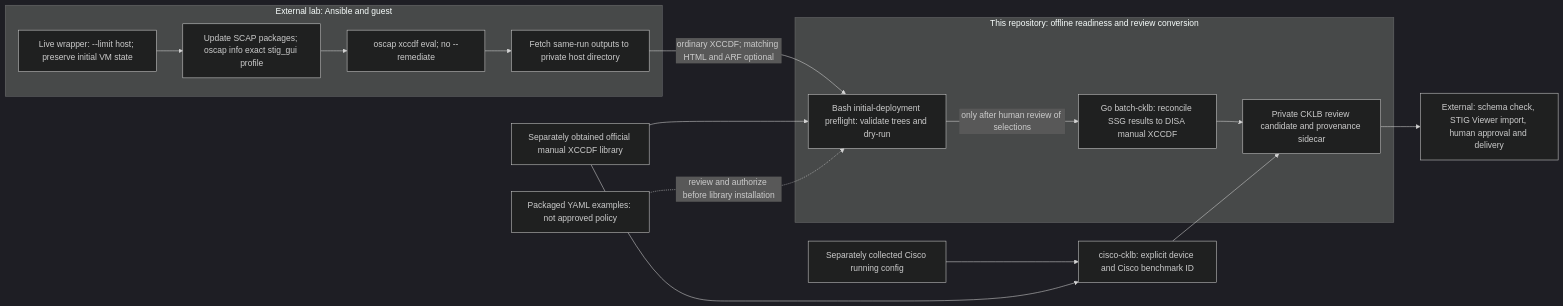
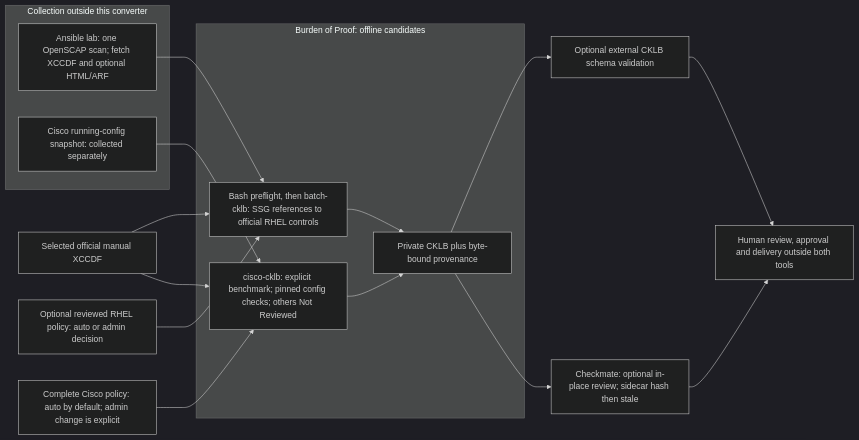
The diagram in README.md (zcook44/burden-of-proof), drawn with Mermaid (dark theme) before and after one commit. The commit also changed other lines of this file and 7 other files, not shown here.

Commit message:
docs: align converter workflows with merged Cisco tailoring

````diff
--- a/README.md
+++ b/README.md
@@ -24,22 +24,24 @@
 ```mermaid
 flowchart LR
-    subgraph LAB["External lab: Ansible and guest"]
-        wrapper["Live wrapper: --limit host; preserve initial VM state"]
-        info["Update SCAP packages; oscap info exact stig_gui profile"]
-        scan["oscap xccdf eval; no --remediate"]
-        fetch["Fetch same-run outputs to private host directory"]
-        wrapper --> info --> scan --> fetch
+    subgraph SOURCES["Collection outside this converter"]
+        lab["Ansible lab: one OpenSCAP scan; fetch XCCDF and optional HTML/ARF"]
+        config["Cisco running-config snapshot: collected separately"]
     end
-    subgraph REVIEW["This repository: offline readiness and review conversion"]
-        pre["Bash initial-deployment preflight: validate trees and dry-run"]
-        convert["Go batch-cklb: reconcile SSG results to DISA manual XCCDF"]
-        pair["Private CKLB review candidate and provenance sidecar"]
-        pre -->|only after human review of selections| convert --> pair
+    subgraph CONVERSION["Burden of Proof: offline candidates"]
+        rhel["Bash preflight, then batch-cklb: SSG references to official RHEL controls"]
+        cisco["cisco-cklb: explicit benchmark; pinned config checks; others Not Reviewed"]
+        candidate["Private CKLB plus byte-bound provenance"]
+        rhel --> candidate
+        cisco --> candidate
     end
-    fetch -->|ordinary XCCDF; matching HTML and ARF optional| pre
-    config["Separately collected Cisco running config"] --> cisco["cisco-cklb: explicit device and Cisco benchmark ID"] --> pair
-    library["Separately obtained official manual XCCDF library"] --> pre
-    library --> cisco
-    example["Packaged YAML examples: not approved policy"] -.->|review and authorize before library installation| pre
-    pair --> external["External: schema check, STIG Viewer import, human approval and delivery"]
+    lab --> rhel
+    config --> cisco
+    benchmark["Selected official manual XCCDF"] --> rhel
+    benchmark --> cisco
+    osPolicy["Optional reviewed RHEL policy: auto or admin decision"] --> rhel
+    ciscoPolicy["Complete Cisco policy: auto by default; admin change is explicit"] --> cisco
+    candidate --> schema["Optional external CKLB schema validation"]
+    candidate --> editor["Checkmate: optional in-place review; sidecar hash then stale"]
+    schema --> human["Human review, approval and delivery outside both tools"]
+    editor --> human
 ```
````
